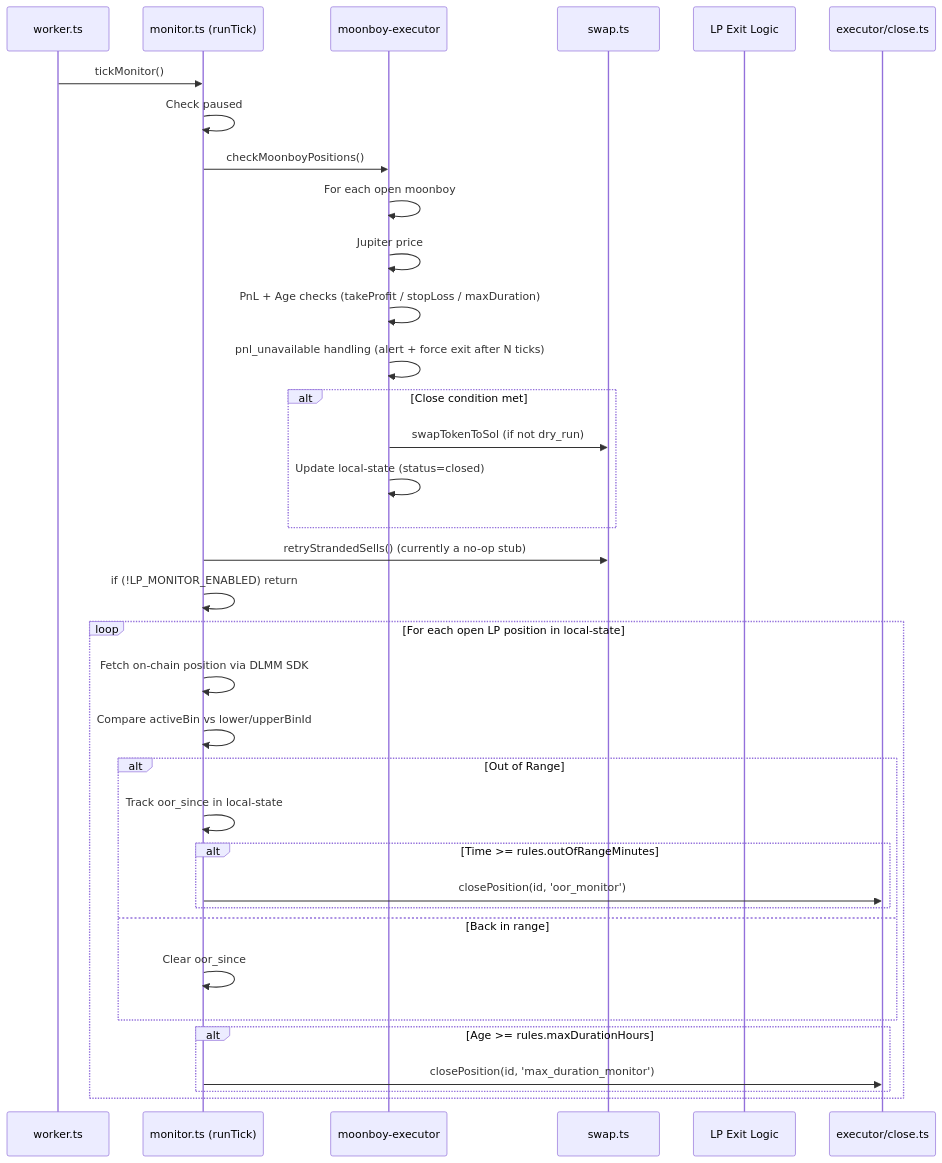
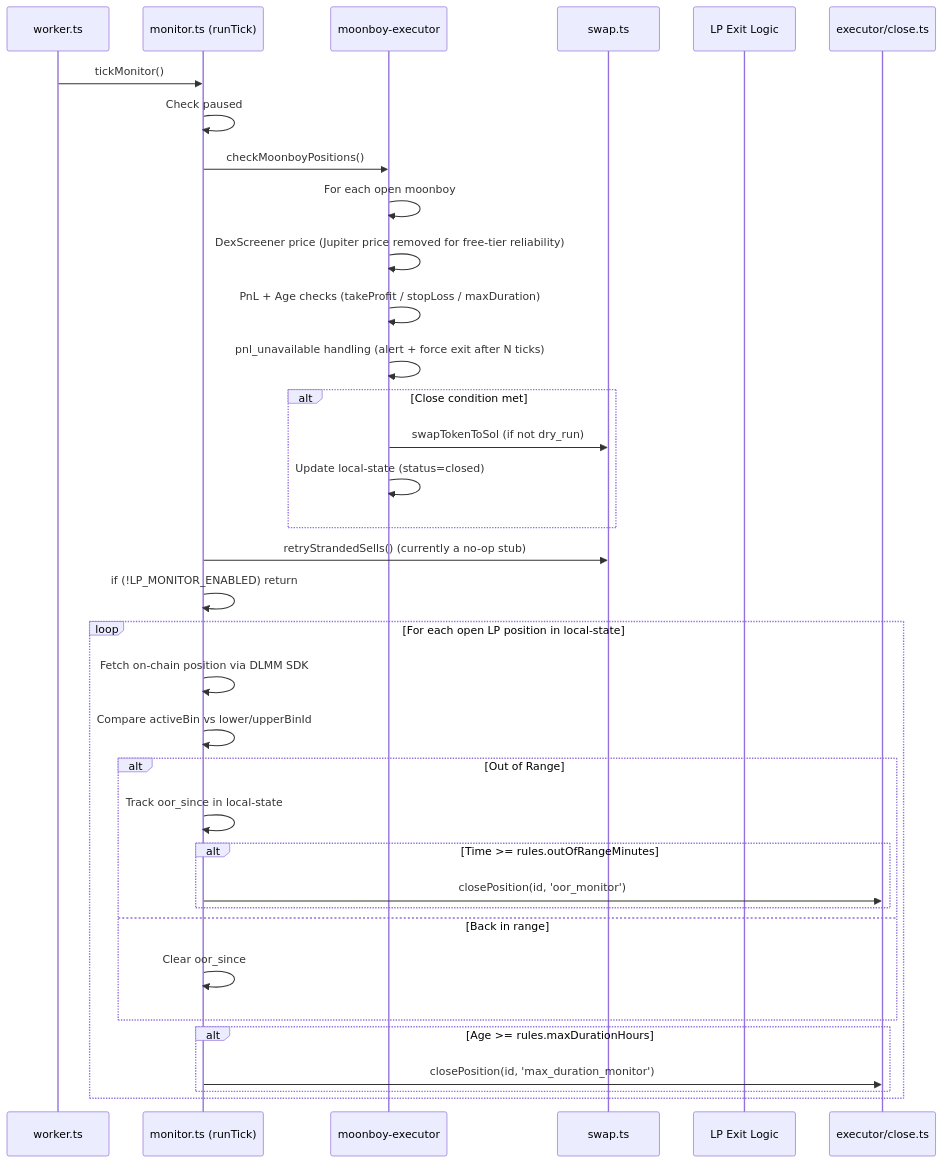
Before and after one commit to juliench82/meteoracle: the second of 2 diagrams in PRODUCTION_WORKFLOW.md, drawn with Mermaid. The commit also changed 5 other files, not shown here.

````diff
--- a/PRODUCTION_WORKFLOW.md
+++ b/PRODUCTION_WORKFLOW.md
@@ -115,41 +115,41 @@
 ```mermaid
 sequenceDiagram
     participant W as worker.ts
     participant M as monitor.ts (runTick)
     participant MB as moonboy-executor
     participant S as swap.ts
     participant LP as LP Exit Logic
     participant C as executor/close.ts
 
     W->>M: tickMonitor()
     M->>M: Check paused
     M->>MB: checkMoonboyPositions()
     MB->>MB: For each open moonboy
-    MB->>MB: Jupiter price
+    MB->>MB: DexScreener price (Jupiter price removed for free-tier reliability)
     MB->>MB: PnL + Age checks (takeProfit / stopLoss / maxDuration)
     MB->>MB: pnl_unavailable handling (alert + force exit after N ticks)
     alt Close condition met
         MB->>S: swapTokenToSol (if not dry_run)
         MB->>MB: Update local-state (status=closed)
     end
 
     M->>S: retryStrandedSells()  (currently a no-op stub)
     M->>M: if (!LP_MONITOR_ENABLED) return
 
     loop For each open LP position in local-state
         M->>M: Fetch on-chain position via DLMM SDK
         M->>M: Compare activeBin vs lower/upperBinId
         alt Out of Range
             M->>M: Track oor_since in local-state
             alt Time >= rules.outOfRangeMinutes
                 M->>C: closePosition(id, 'oor_monitor')
             end
         else Back in range
             M->>M: Clear oor_since
         end
 
         alt Age >= rules.maxDurationHours
             M->>C: closePosition(id, 'max_duration_monitor')
         end
     end
 ```
````
